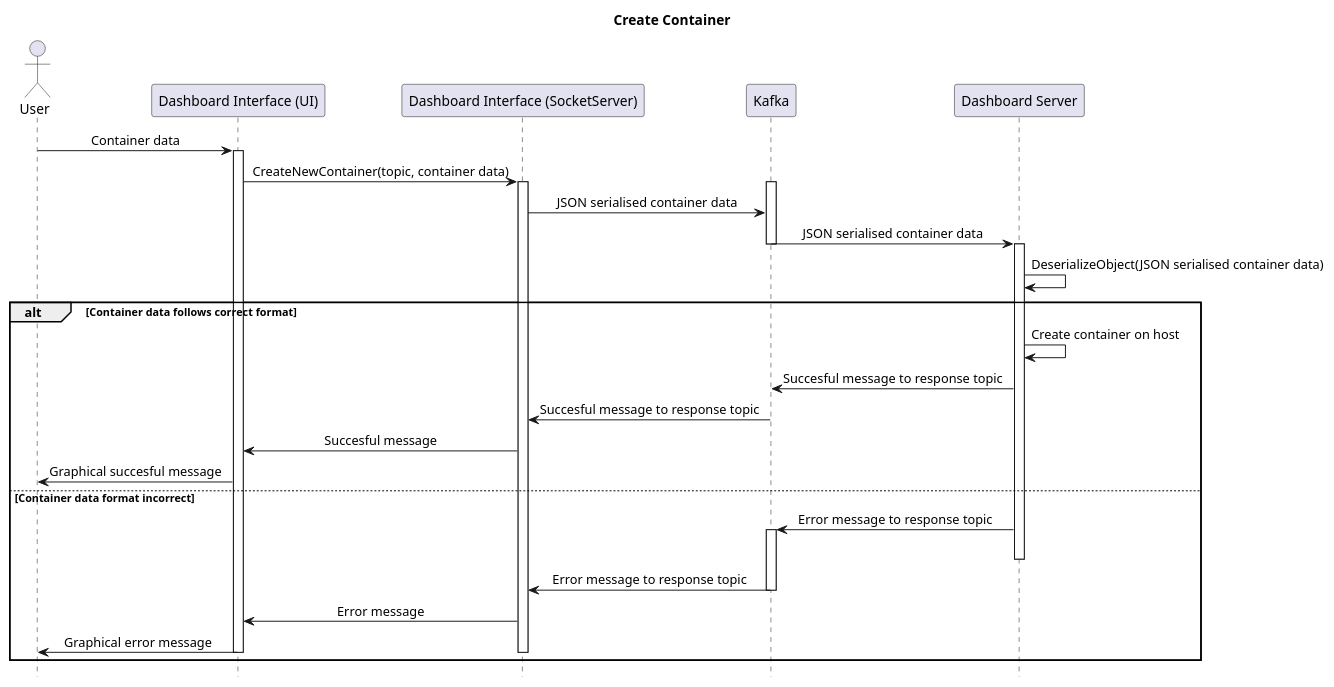
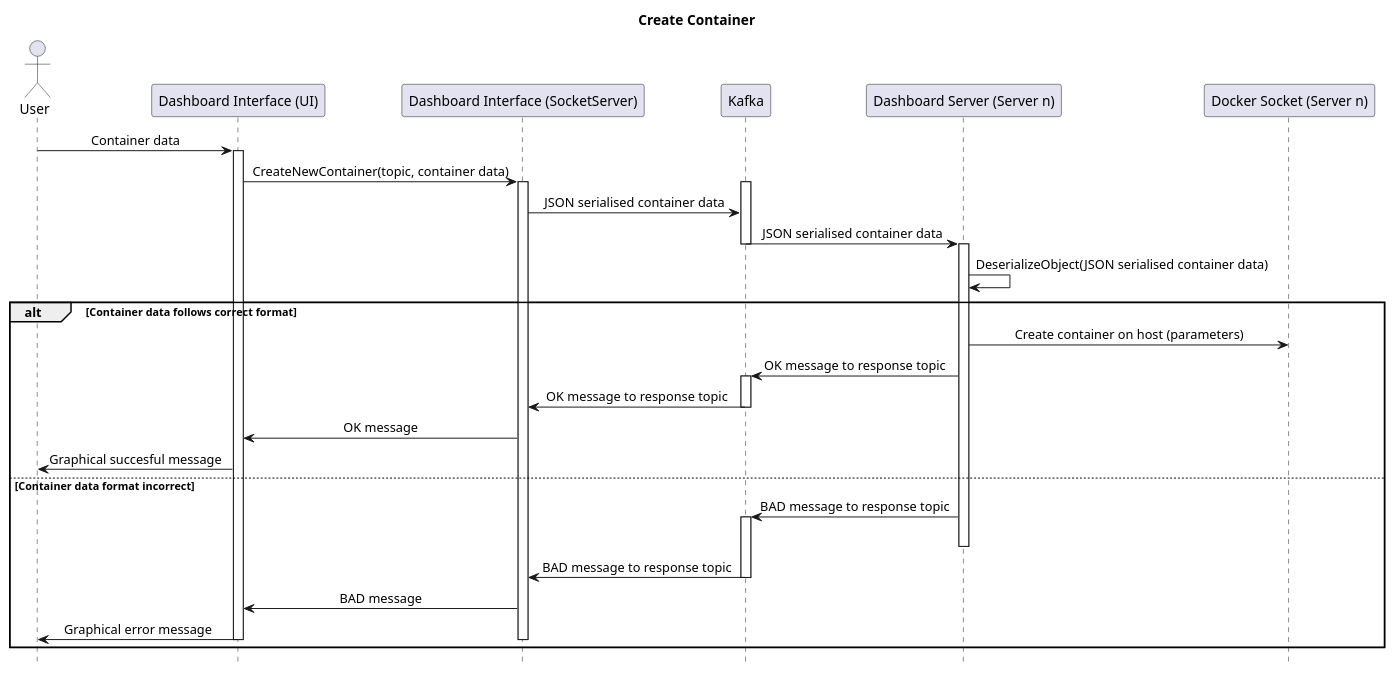
One commit to jakobhviid/ProjectLeapNode changed the diagram in Docs/ManagementMonitoringSequenceDiagrams/CreateNewContainer.pu. Above: the diagram before and after it, drawn with PlantUML. The commit also changed 10 other files, not shown here.

Commit message:
Diagrams

```diff
--- a/Docs/ManagementMonitoringSequenceDiagrams/CreateNewContainer.pu
+++ b/Docs/ManagementMonitoringSequenceDiagrams/CreateNewContainer.pu
@@ -1,43 +1,45 @@
 @startuml
 hide footbox
 skinparam sequenceMessageAlign center
 
 Title "Create Container"
 
-
 actor "User" as user
 
 participant "Dashboard Interface (UI)" as ui
 participant "Dashboard Interface (SocketServer)" as socketserver
 participant "Kafka" as kafka
-participant "Dashboard Server" as dserver
+participant "Dashboard Server (Server n)" as dserver
+participant "Docker Socket (Server n)" as docker
 
 user -> ui : Container data
 activate ui
 ui -> socketserver : CreateNewContainer(topic, container data)
 activate socketserver
 activate kafka
 socketserver -> kafka : JSON serialised container data
 kafka -> dserver : JSON serialised container data
 deactivate kafka
 activate dserver
 dserver -> dserver : DeserializeObject(JSON serialised container data)
 
 Alt Container data follows correct format
-    dserver -> dserver : Create container on host
-    dserver -> kafka : Succesful message to response topic
-    kafka -> socketserver : Succesful message to response topic
-    socketserver -> ui : Succesful message
+    dserver -> docker : Create container on host (parameters)
+    dserver -> kafka : OK message to response topic
+    activate kafka
+    kafka -> socketserver : OK message to response topic
+    deactivate kafka
+    socketserver -> ui : OK message
     ui -> user : Graphical succesful message
 else Container data format incorrect
-    dserver -> kafka : Error message to response topic
+    dserver -> kafka : BAD message to response topic
     activate kafka
     deactivate dserver
-    kafka -> socketserver : Error message to response topic
+    kafka -> socketserver : BAD message to response topic
     deactivate kafka
-    socketserver -> ui : Error message
+    socketserver -> ui : BAD message
     ui -> user : Graphical error message
     deactivate ui
     deactivate socketserver
 end
 @enduml
```
